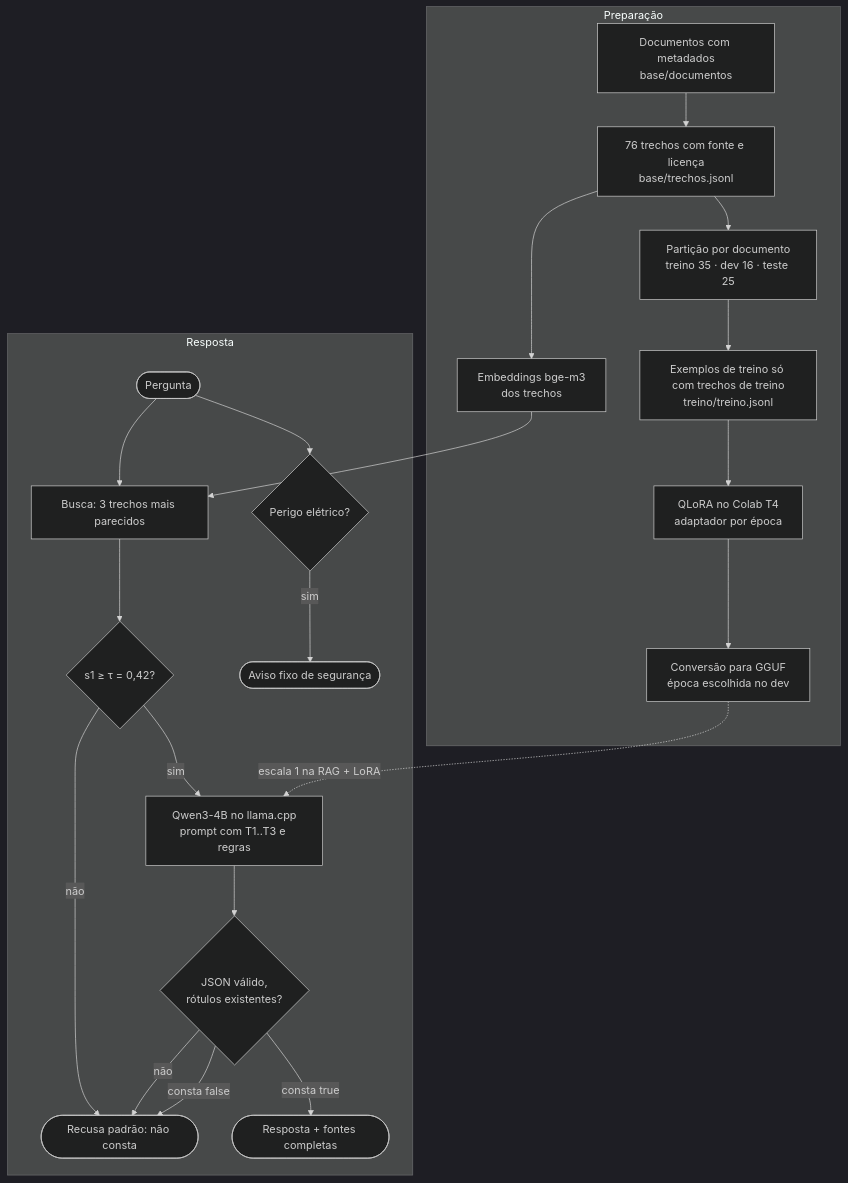
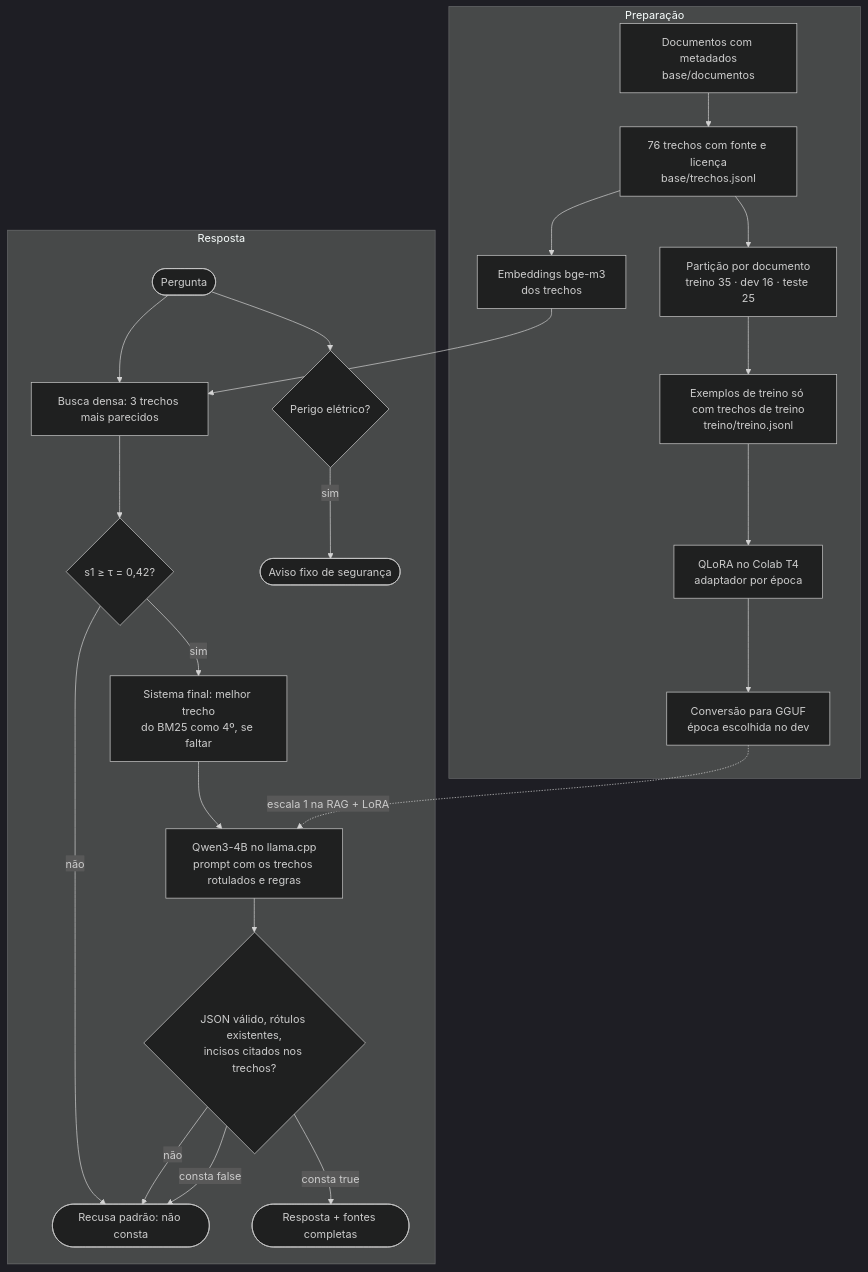
Before and after one commit to Gastaldl/GS-GENAI: the diagram in RELATORIO.md, drawn with Mermaid (dark theme). The commit also changed other lines of this file and 40 other files, not shown here.

````diff
--- a/RELATORIO.md
+++ b/RELATORIO.md
@@ -34,25 +34,26 @@
 ```mermaid
 flowchart TB
     subgraph Preparação
         D[Documentos com metadados<br/>base/documentos] --> C[76 trechos com fonte e licença<br/>base/trechos.jsonl]
         C --> X[Embeddings bge-m3<br/>dos trechos]
         C --> P[Partição por documento<br/>treino 35 · dev 16 · teste 25]
         P --> TD[Exemplos de treino só com trechos de treino<br/>treino/treino.jsonl]
         TD --> CO[QLoRA no Colab T4<br/>adaptador por época]
         CO --> GG[Conversão para GGUF<br/>época escolhida no dev]
     end
     subgraph Resposta
-        Q([Pergunta]) --> B[Busca: 3 trechos mais parecidos]
+        Q([Pergunta]) --> B[Busca densa: 3 trechos mais parecidos]
         X --> B
         B --> L{s1 ≥ τ = 0,42?}
         L -- não --> R([Recusa padrão: não consta])
-        L -- sim --> M[Qwen3-4B no llama.cpp<br/>prompt com T1..T3 e regras]
+        L -- sim --> H[Sistema final: melhor trecho<br/>do BM25 como 4º, se faltar]
+        H --> M[Qwen3-4B no llama.cpp<br/>prompt com os trechos rotulados e regras]
         GG -. escala 1 na RAG + LoRA .-> M
-        M --> V{JSON válido,<br/>rótulos existentes?}
+        M --> V{JSON válido, rótulos existentes,<br/>incisos citados nos trechos?}
         V -- não --> R
         V -- consta false --> R
         V -- consta true --> A([Resposta + fontes completas])
         Q --> S{Perigo elétrico?}
         S -- sim --> W([Aviso fixo de segurança])
     end
 ```
````
